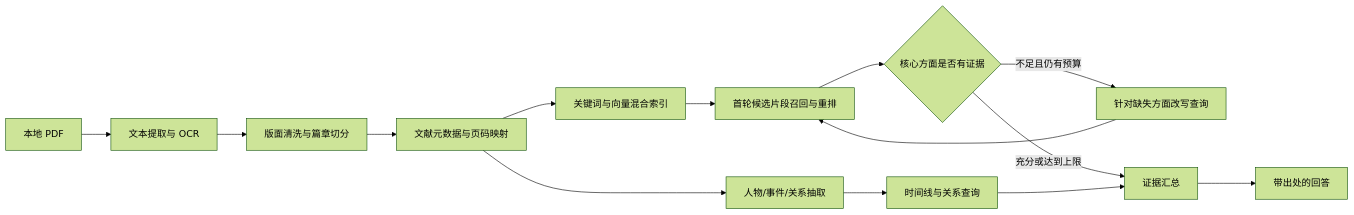
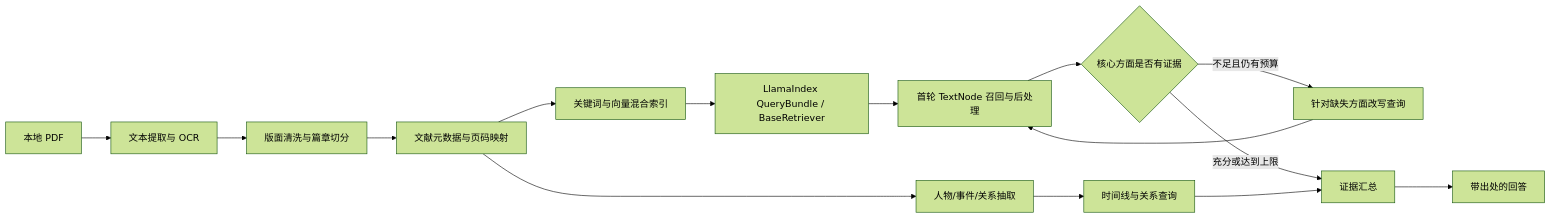
Before and after one commit to bibofu/history-agent: the diagram in README.md, drawn with Mermaid (forest theme). The commit also changed other lines of this file and 13 other files, not shown here.

Commit message:
refactor: rebuild RAG pipeline on LlamaIndex

````diff
--- a/README.md
+++ b/README.md
@@ -356,16 +356,17 @@
 ```mermaid
 flowchart LR
     A[本地 PDF] --> B[文本提取与 OCR]
     B --> C[版面清洗与篇章切分]
     C --> D[文献元数据与页码映射]
     D --> E[关键词与向量混合索引]
     D --> F[人物/事件/关系抽取]
-    E --> G[首轮候选片段召回与重排]
+    E --> L[LlamaIndex QueryBundle / BaseRetriever]
+    L --> G[首轮 TextNode 召回与后处理]
     F --> H[时间线与关系查询]
     G --> R{核心方面是否有证据}
     R -->|不足且仍有预算| Q[针对缺失方面改写查询]
     Q --> G
     R -->|充分或达到上限| I[证据汇总]
     H --> I
     I --> J[带出处的回答]
 ```
````
